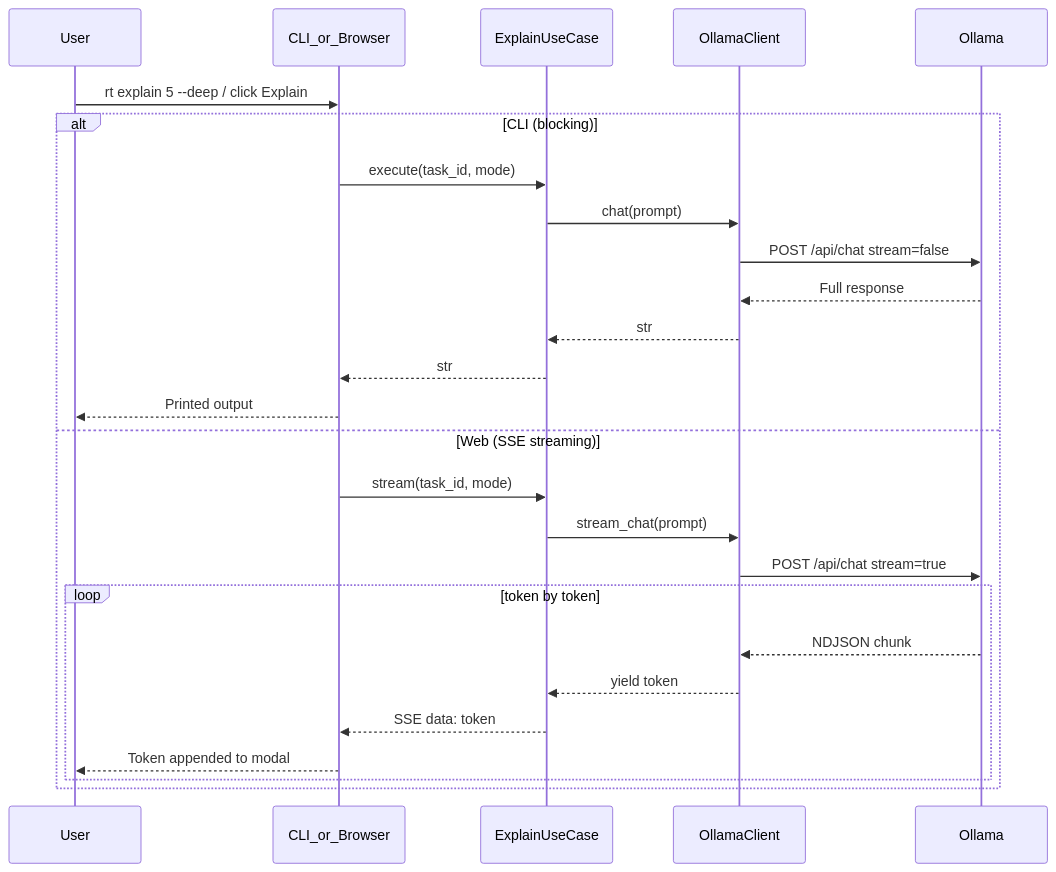
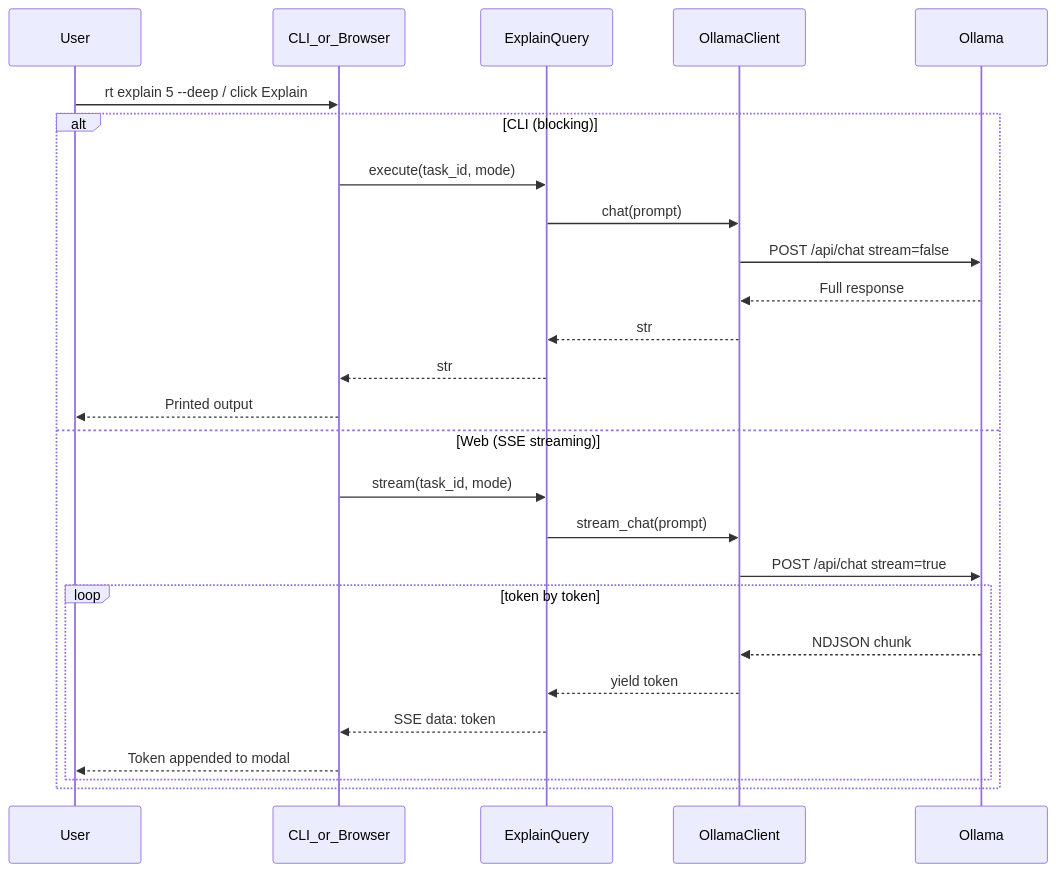
Before and after one commit to razbuild/raztodo: the third of 3 diagrams in docs/ARCHITECTURE.md, drawn with Mermaid. The commit also changed other lines of this file, not shown here.

Commit message:
docs: update architecture documentation

````diff
--- a/docs/ARCHITECTURE.md
+++ b/docs/ARCHITECTURE.md
@@ -275,30 +291,30 @@
 ```mermaid
 sequenceDiagram
     participant User
     participant CLI_or_Browser
-    participant ExplainUseCase
+    participant ExplainQuery
     participant OllamaClient
     participant Ollama
 
     User->>CLI_or_Browser: rt explain 5 --deep  /  click Explain
 
     alt CLI (blocking)
-        CLI_or_Browser->>ExplainUseCase: execute(task_id, mode)
-        ExplainUseCase->>OllamaClient: chat(prompt)
+        CLI_or_Browser->>ExplainQuery: execute(task_id, mode)
+        ExplainQuery->>OllamaClient: chat(prompt)
         OllamaClient->>Ollama: POST /api/chat  stream=false
         Ollama-->>OllamaClient: Full response
-        OllamaClient-->>ExplainUseCase: str
-        ExplainUseCase-->>CLI_or_Browser: str
+        OllamaClient-->>ExplainQuery: str
+        ExplainQuery-->>CLI_or_Browser: str
         CLI_or_Browser-->>User: Printed output
     else Web (SSE streaming)
-        CLI_or_Browser->>ExplainUseCase: stream(task_id, mode)
-        ExplainUseCase->>OllamaClient: stream_chat(prompt)
+        CLI_or_Browser->>ExplainQuery: stream(task_id, mode)
+        ExplainQuery->>OllamaClient: stream_chat(prompt)
         OllamaClient->>Ollama: POST /api/chat  stream=true
         loop token by token
             Ollama-->>OllamaClient: NDJSON chunk
-            OllamaClient-->>ExplainUseCase: yield token
-            ExplainUseCase-->>CLI_or_Browser: SSE data: token
+            OllamaClient-->>ExplainQuery: yield token
+            ExplainQuery-->>CLI_or_Browser: SSE data: token
             CLI_or_Browser-->>User: Token appended to modal
         end
     end
 ```
````
